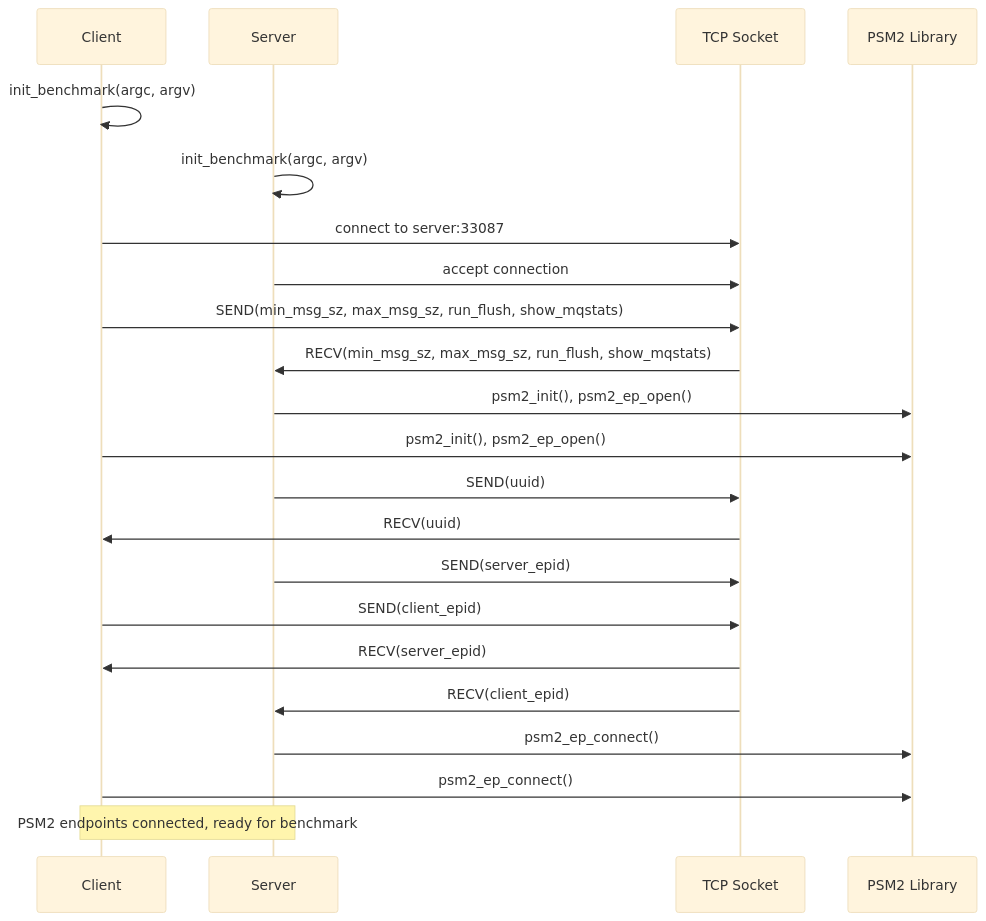
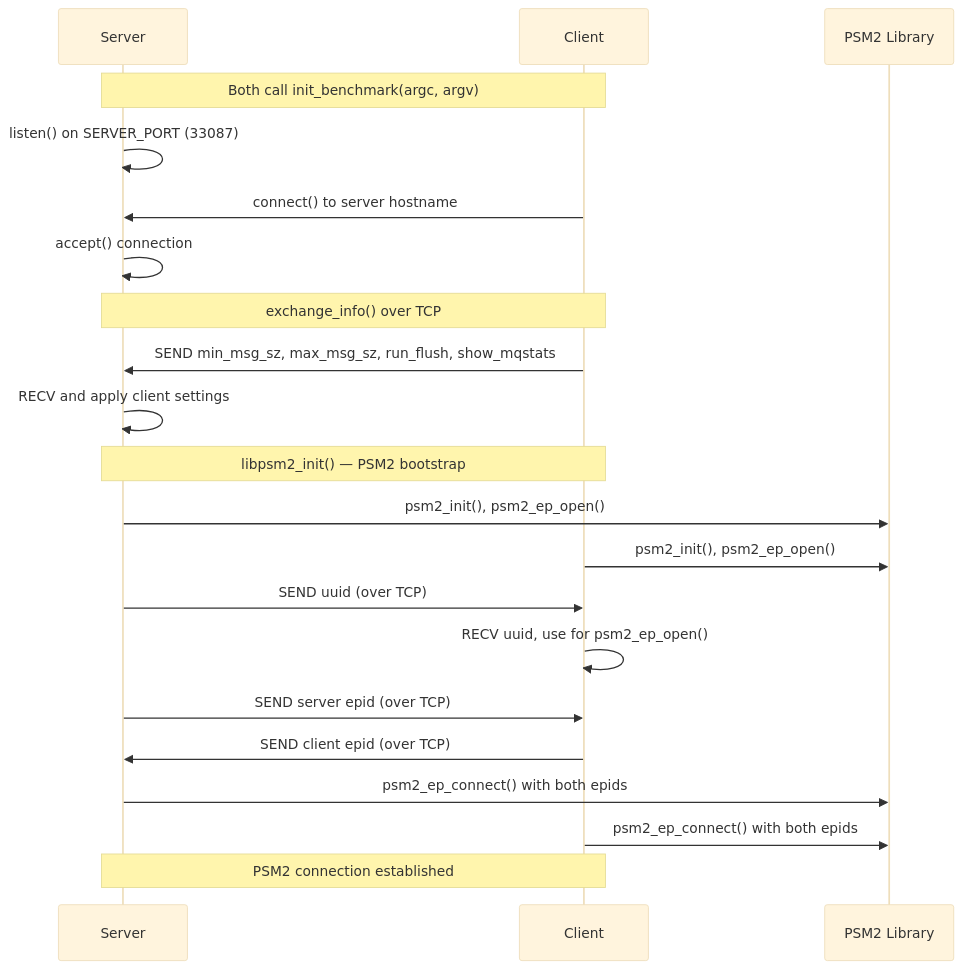
One commit to cornelisnetworks/opa-psm2-tests changed the second of 4 diagrams in docs/opa-psm2-tests.md. Above: the diagram before and after it, drawn with Mermaid (base theme). The commit also changed other lines of this file, not shown here.

````diff
--- a/docs/opa-psm2-tests.md
+++ b/docs/opa-psm2-tests.md
@@ -50,25 +51,26 @@
 ```mermaid
 sequenceDiagram
+    participant Server
     participant Client
-    participant Server
-    participant TCP as TCP Socket
     participant PSM2 as PSM2 Library
 
-    Client->>Client: init_benchmark(argc, argv)
-    Server->>Server: init_benchmark(argc, argv)
-    Client->>TCP: connect to server:33087
-    Server->>TCP: accept connection
-    Client->>TCP: SEND(min_msg_sz, max_msg_sz, run_flush, show_mqstats)
-    TCP->>Server: RECV(min_msg_sz, max_msg_sz, run_flush, show_mqstats)
+    Note over Server,Client: Both call init_benchmark(argc, argv)
+    Server->>Server: listen() on SERVER_PORT (33087)
+    Client->>Server: connect() to server hostname
+    Server->>Server: accept() connection
+
+    Note over Server,Client: exchange_info() over TCP
+    Client->>Server: SEND min_msg_sz, max_msg_sz, run_flush, show_mqstats
+    Server->>Server: RECV and apply client settings
+
+    Note over Server,Client: libpsm2_init() — PSM2 bootstrap
     Server->>PSM2: psm2_init(), psm2_ep_open()
     Client->>PSM2: psm2_init(), psm2_ep_open()
-    Server->>TCP: SEND(uuid)
-    TCP->>Client: RECV(uuid)
-    Server->>TCP: SEND(server_epid)
-    Client->>TCP: SEND(client_epid)
-    TCP->>Client: RECV(server_epid)
-    TCP->>Server: RECV(client_epid)
-    Server->>PSM2: psm2_ep_connect()
-    Client->>PSM2: psm2_ep_connect()
-    Note over Server,Client: PSM2 endpoints connected, ready for benchmark
+    Server->>Client: SEND uuid (over TCP)
+    Client->>Client: RECV uuid, use for psm2_ep_open()
+    Server->>Client: SEND server epid (over TCP)
+    Client->>Server: SEND client epid (over TCP)
+    Server->>PSM2: psm2_ep_connect() with both epids
+    Client->>PSM2: psm2_ep_connect() with both epids
+    Note over Server,Client: PSM2 connection established
 ```
````
